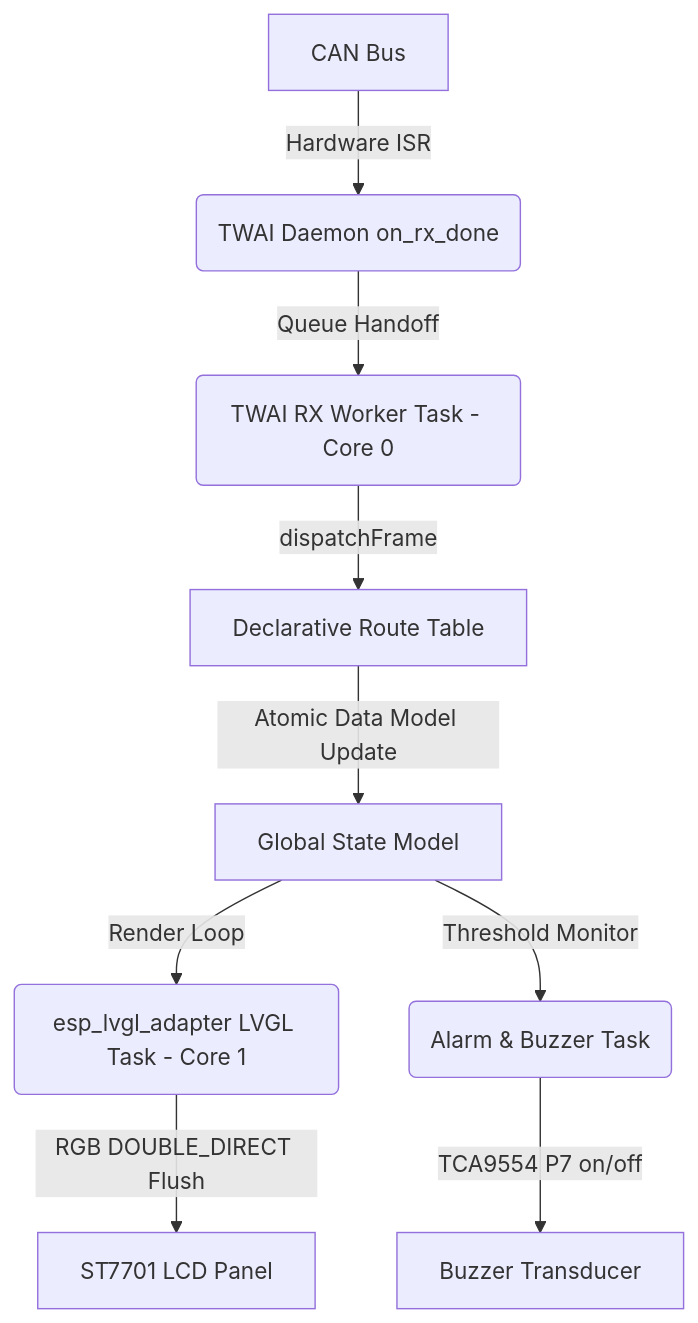
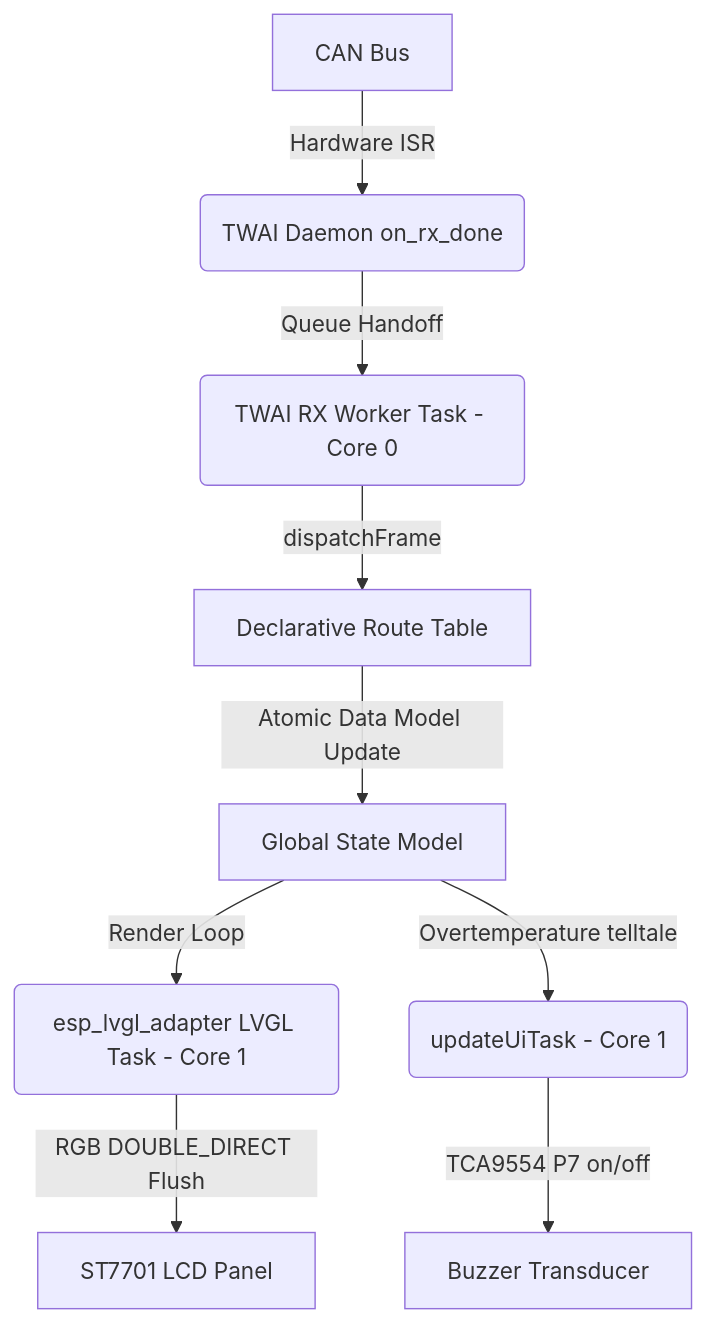
One commit to martinroger/vx-binocle-espidf changed the diagram in left_screen/TOO.MD. Above: the diagram before and after it, drawn with Mermaid. The commit also changed other lines of this file and 11 other files, not shown here.

First line of the commit message:
docs: follow the vx_* NVS layout and fix the OTA progress schema

````diff
--- a/left_screen/TOO.MD
+++ b/left_screen/TOO.MD
@@ -7,11 +7,11 @@
 ```mermaid
 graph TD
     A[CAN Bus] -->|Hardware ISR| B(TWAI Daemon on_rx_done)
     B -->|Queue Handoff| C(TWAI RX Worker Task - Core 0)
     C -->|dispatchFrame| D[Declarative Route Table]
     D -->|Atomic Data Model Update| E[Global State Model]
     E -->|Render Loop| F(esp_lvgl_adapter LVGL Task - Core 1)
     F -->|RGB DOUBLE_DIRECT Flush| G[ST7701 LCD Panel]
-    E -->|Threshold Monitor| H(Alarm & Buzzer Task)
+    E -->|Overtemperature telltale| H(updateUiTask - Core 1)
     H -->|TCA9554 P7 on/off| I[Buzzer Transducer]
 ```
````
